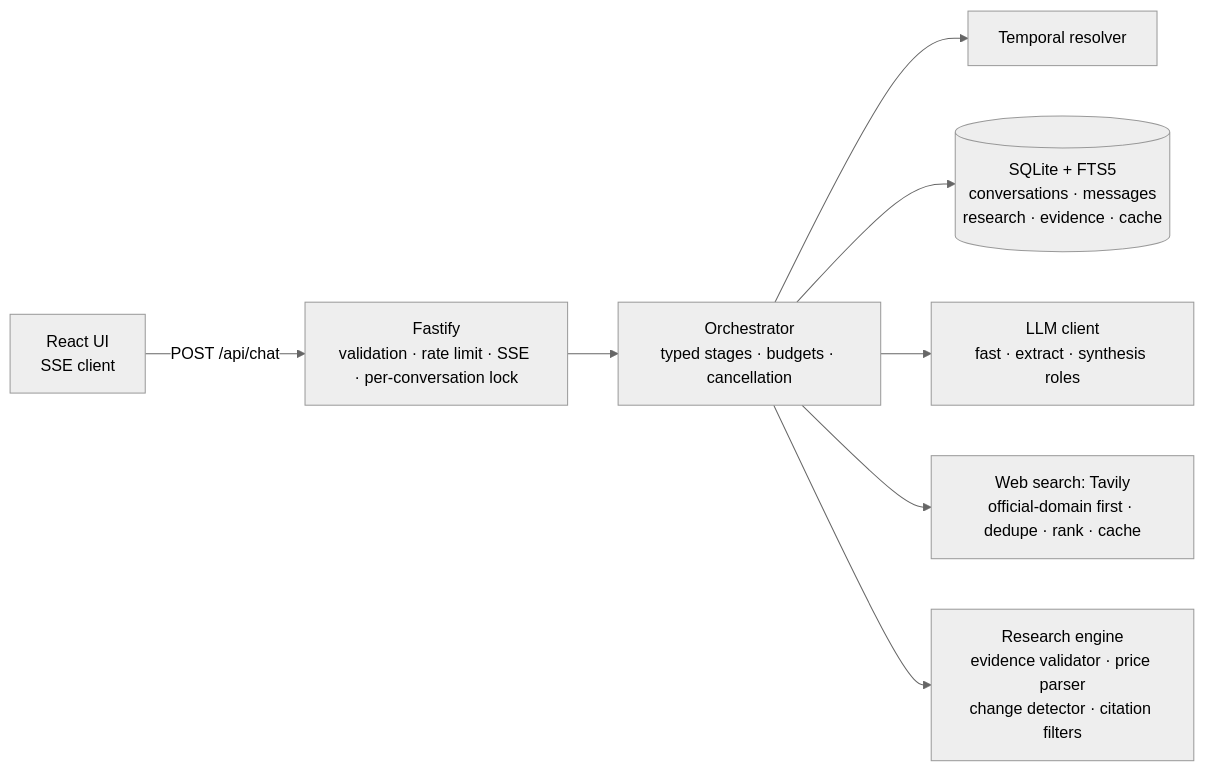
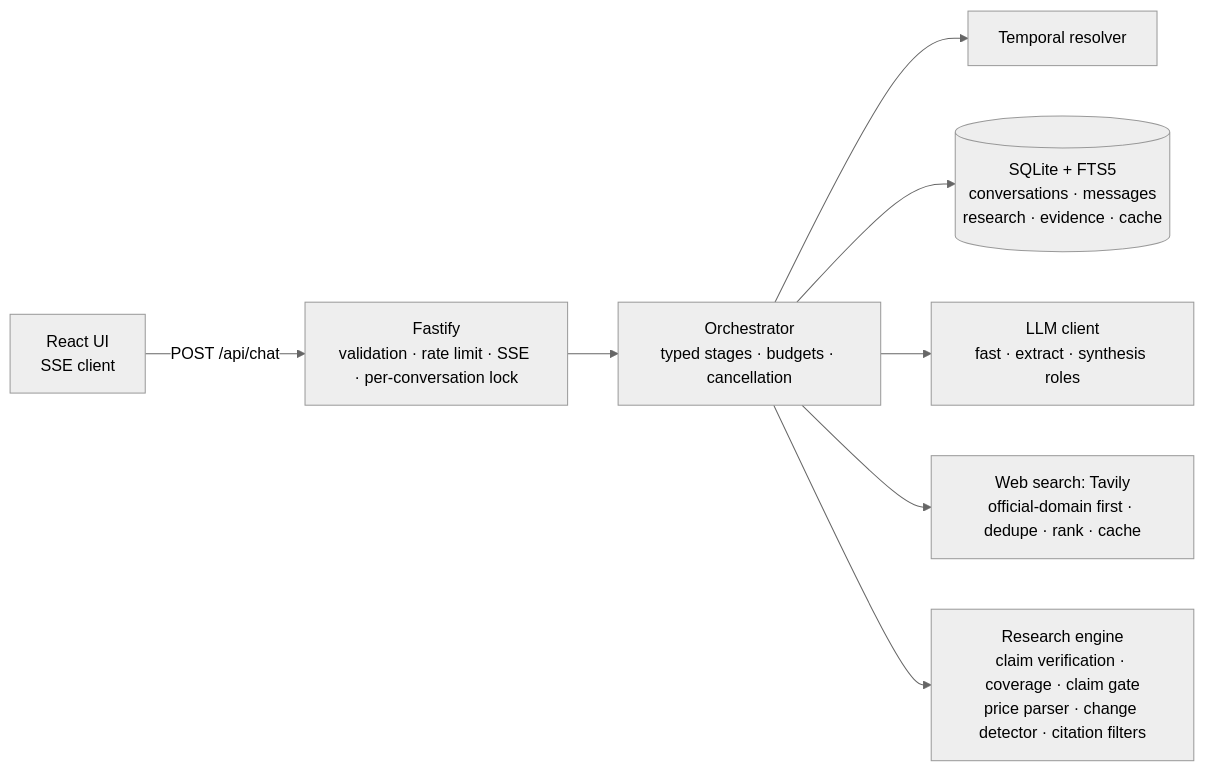
One commit to Mmukund-31/MINIMI changed the diagram in README.md. Above: the diagram before and after it, drawn with Mermaid (neutral theme). The commit also changed other lines of this file and 4 other files, not shown here.

````diff
--- a/README.md
+++ b/README.md
@@ -72,10 +72,10 @@
 ```mermaid
 flowchart LR
   UI[React UI<br/>SSE client] -->|POST /api/chat| API[Fastify<br/>validation · rate limit · SSE · per-conversation lock]
   API --> O[Orchestrator<br/>typed stages · budgets · cancellation]
   O --> T[Temporal resolver]
   O --> M[(SQLite + FTS5<br/>conversations · messages<br/>research · evidence · cache)]
   O --> L[LLM client<br/>fast · extract · synthesis roles]
   O --> S[Web search: Tavily<br/>official-domain first · dedupe · rank · cache]
-  O --> R[Research engine<br/>evidence validator · price parser<br/>change detector · citation filters]
+  O --> R[Research engine<br/>claim verification · coverage · claim gate<br/>price parser · change detector · citation filters]
 ```
````
